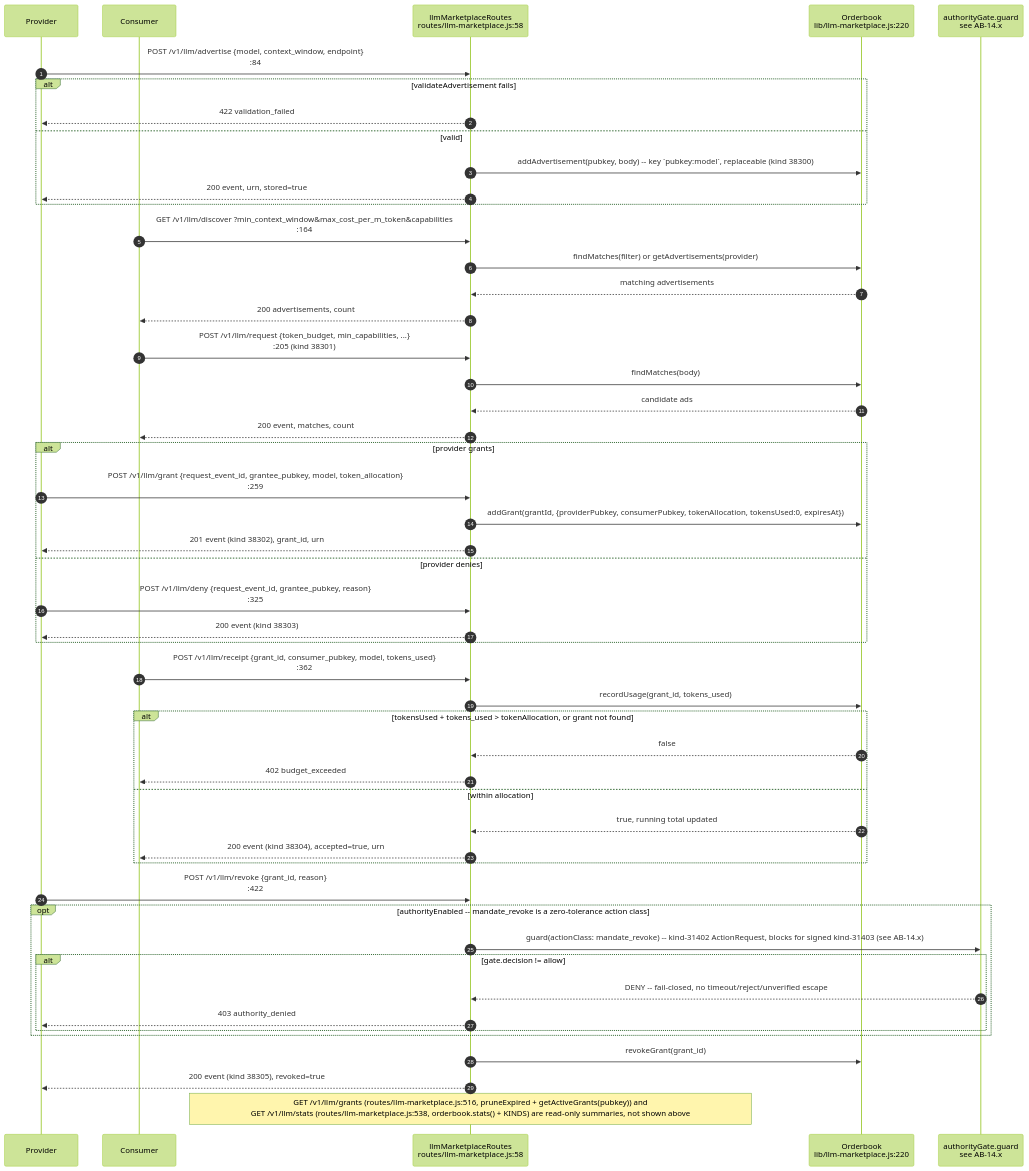
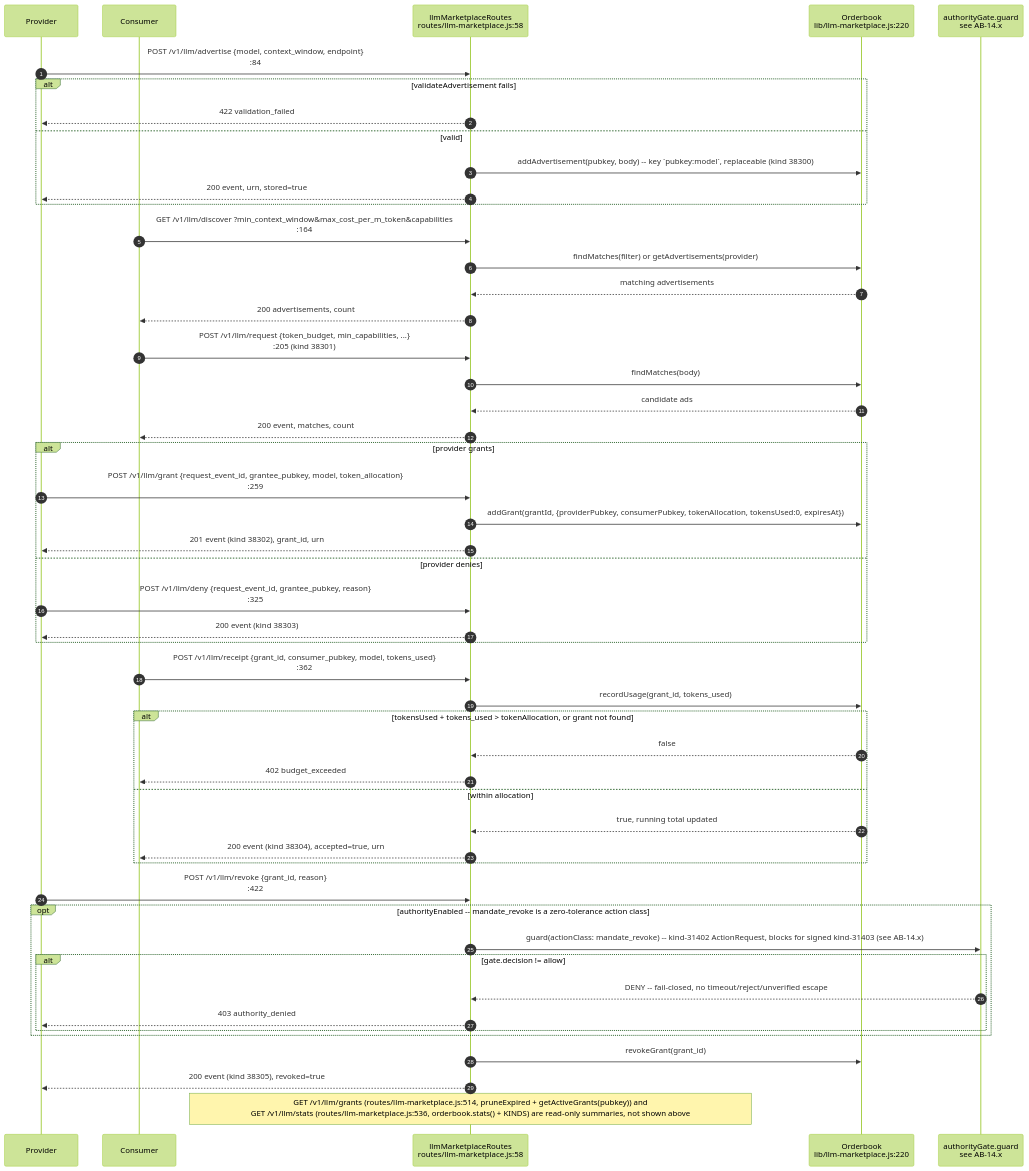
One commit to DreamLab-AI/VisionFlow changed the ninth of 14 diagrams in docs/diagrams/agentbox/15-capability-gating-spend-consultants.md. Above: the diagram before and after it, drawn with Mermaid (forest theme). The commit also changed other lines of this file and 136 other files, not shown here.

First line of the commit message:
docs(diagrams): refresh the whole corpus to code HEAD and prune low-value diagrams

````diff
--- a/docs/diagrams/agentbox/15-capability-gating-spend-consultants.md
+++ b/docs/diagrams/agentbox/15-capability-gating-spend-consultants.md
@@ -431,59 +446,59 @@
 ```mermaid
 sequenceDiagram
     autonumber
     participant Prov as Provider
     participant Cons as Consumer
     participant R as llmMarketplaceRoutes<br/>routes/llm-marketplace.js:58
     participant OB as Orderbook<br/>lib/llm-marketplace.js:220
     participant Gate as authorityGate.guard<br/>see AB-14.x
 
     Prov->>R: POST /v1/llm/advertise {model, context_window, endpoint}<br/>:84
     alt validateAdvertisement fails
         R-->>Prov: 422 validation_failed
     else valid
         R->>OB: addAdvertisement(pubkey, body) -- key #96;pubkey:model#96;, replaceable (kind 38300)
         R-->>Prov: 200 event, urn, stored=true
     end
 
     Cons->>R: GET /v1/llm/discover ?min_context_window&max_cost_per_m_token&capabilities<br/>:164
     R->>OB: findMatches(filter) or getAdvertisements(provider)
     OB-->>R: matching advertisements
     R-->>Cons: 200 advertisements, count
 
     Cons->>R: POST /v1/llm/request {token_budget, min_capabilities, ...}<br/>:205 (kind 38301)
     R->>OB: findMatches(body)
     OB-->>R: candidate ads
     R-->>Cons: 200 event, matches, count
 
     alt provider grants
         Prov->>R: POST /v1/llm/grant {request_event_id, grantee_pubkey, model, token_allocation}<br/>:259
         R->>OB: addGrant(grantId, {providerPubkey, consumerPubkey, tokenAllocation, tokensUsed:0, expiresAt})
         R-->>Prov: 201 event #40;kind 38302#41;, grant_id, urn
     else provider denies
         Prov->>R: POST /v1/llm/deny {request_event_id, grantee_pubkey, reason}<br/>:325
         R-->>Prov: 200 event #40;kind 38303#41;
     end
 
     Cons->>R: POST /v1/llm/receipt {grant_id, consumer_pubkey, model, tokens_used}<br/>:362
     R->>OB: recordUsage(grant_id, tokens_used)
     alt tokensUsed + tokens_used #62; tokenAllocation, or grant not found
         OB-->>R: false
         R-->>Cons: 402 budget_exceeded
     else within allocation
         OB-->>R: true, running total updated
         R-->>Cons: 200 event #40;kind 38304#41;, accepted=true, urn
     end
 
     Prov->>R: POST /v1/llm/revoke {grant_id, reason}<br/>:422
     opt authorityEnabled -- mandate_revoke is a zero-tolerance action class
         R->>Gate: guard#40;actionClass: mandate_revoke#41; -- kind-31402 ActionRequest, blocks for signed kind-31403 (see AB-14.x)
         alt gate.decision != allow
             Gate-->>R: DENY -- fail-closed, no timeout/reject/unverified escape
             R-->>Prov: 403 authority_denied
         end
     end
     R->>OB: revokeGrant(grant_id)
     R-->>Prov: 200 event #40;kind 38305#41;, revoked=true
 
-    Note over R: GET /v1/llm/grants #40;routes/llm-marketplace.js:516, pruneExpired + getActiveGrants#40;pubkey#41;#41; and<br/>GET /v1/llm/stats #40;routes/llm-marketplace.js:538, orderbook.stats#40;#41; + KINDS#41; are read-only summaries, not shown above
+    Note over R: GET /v1/llm/grants #40;routes/llm-marketplace.js:514, pruneExpired + getActiveGrants#40;pubkey#41;#41; and<br/>GET /v1/llm/stats #40;routes/llm-marketplace.js:536, orderbook.stats#40;#41; + KINDS#41; are read-only summaries, not shown above
 ```
````
